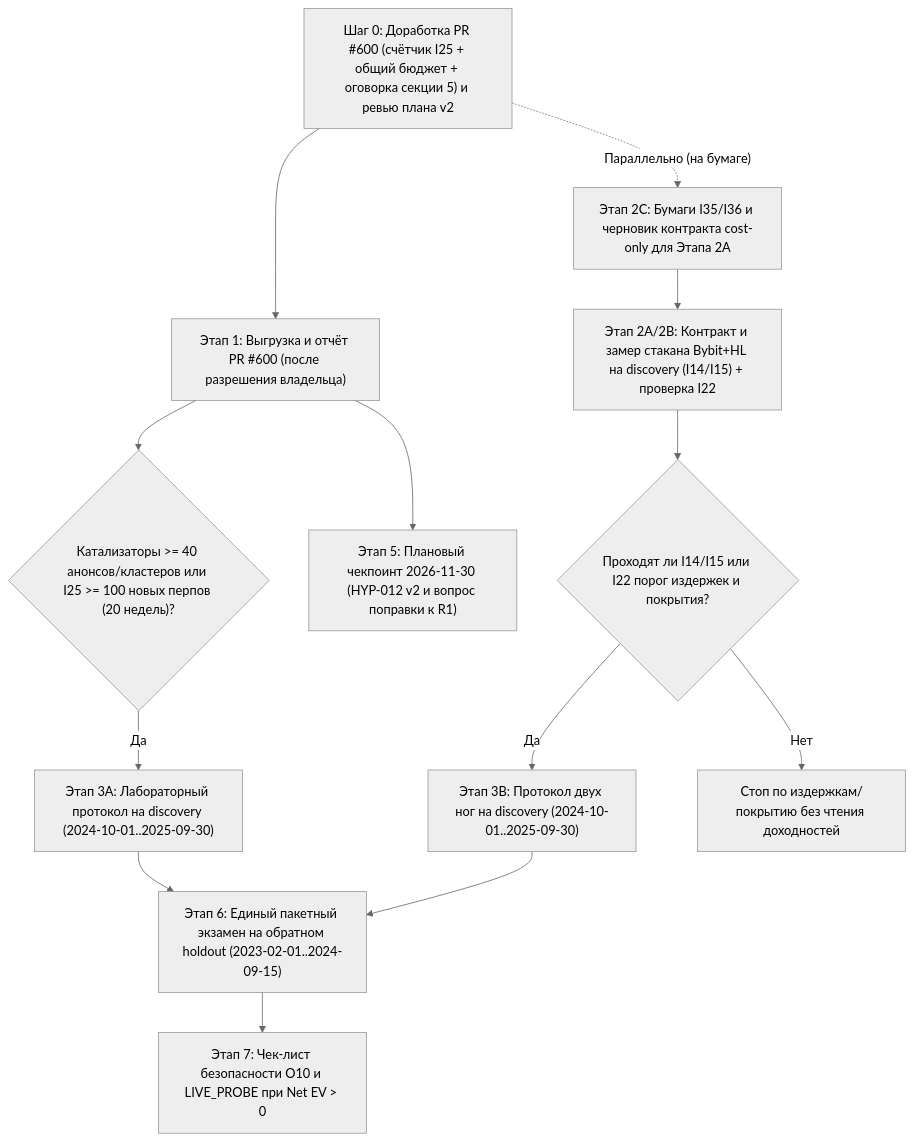
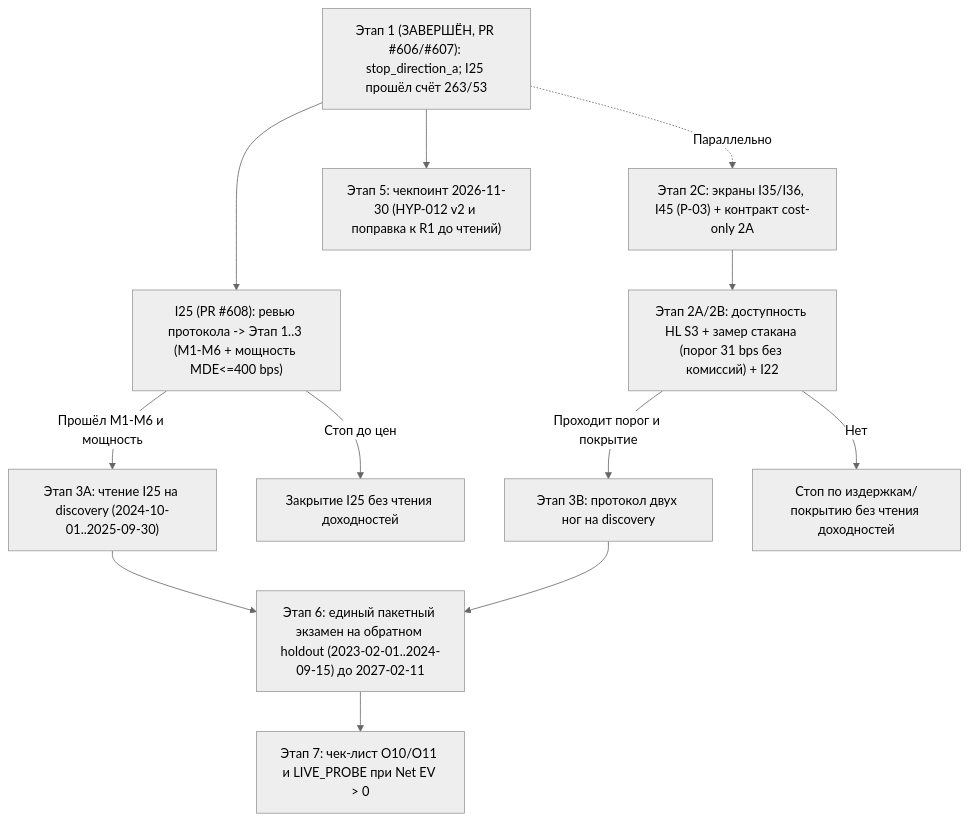
One commit to mavlevich/schurfer changed the diagram in docs/consilium/plan.md. Above: the diagram before and after it, drawn with Mermaid (neutral theme). The commit also changed other lines of this file and 2 other files, not shown here.

````diff
--- a/docs/consilium/plan.md
+++ b/docs/consilium/plan.md
@@ -76,15 +83,14 @@
 ```mermaid
 flowchart TD
-    S0["Шаг 0: Доработка PR #600 (счётчик I25 + общий бюджет + оговорка секции 5) и ревью плана v2"] --> S1["Этап 1: Выгрузка и отчёт PR #600 (после разрешения владельца)"]
-    S0 -. "Параллельно (на бумаге)" .-> S2C["Этап 2C: Бумаги I35/I36 и черновик контракта cost-only для Этапа 2A"]
-    S1 --> G1{"Катализаторы >= 40 анонсов/кластеров или I25 >= 100 новых перпов (20 недель)?"}
-    G1 -- "Да" --> S3A["Этап 3A: Лабораторный протокол на discovery (2024-10-01..2025-09-30)"]
-    S2C --> S2["Этап 2A/2B: Контракт и замер стакана Bybit+HL на discovery (I14/I15) + проверка I22"]
-    S2 --> G2{"Проходят ли I14/I15 или I22 порог издержек и покрытия?"}
-    G2 -- "Да" --> S3B["Этап 3B: Протокол двух ног на discovery (2024-10-01..2025-09-30)"]
-    G2 -- "Нет" --> STOP2["Стоп по издержкам/покрытию без чтения доходностей"]
-    S1 --> S5["Этап 5: Плановый чекпоинт 2026-11-30 (HYP-012 v2 и вопрос поправки к R1)"]
-    S3A --> S6["Этап 6: Единый пакетный экзамен на обратном holdout (2023-02-01..2024-09-15)"]
+    S1["Этап 1 (ЗАВЕРШЁН, PR #606/#607): stop_direction_a; I25 прошёл счёт 263/53"] --> S2I25["I25 (PR #608): ревью протокола -> Этап 1..3 (M1-M6 + мощность MDE<=400 bps)"]
+    S2I25 -- "Прошёл M1-M6 и мощность" --> S3A["Этап 3A: чтение I25 на discovery (2024-10-01..2025-09-30)"]
+    S2I25 -- "Стоп до цен" --> STOP1["Закрытие I25 без чтения доходностей"]
+    S1 -. "Параллельно" .-> S2C["Этап 2C: экраны I35/I36, I45 (P-03) + контракт cost-only 2A"]
+    S2C --> S2["Этап 2A/2B: доступность HL S3 + замер стакана (порог 31 bps без комиссий) + I22"]
+    S2 -- "Проходит порог и покрытие" --> S3B["Этап 3B: протокол двух ног на discovery"]
+    S2 -- "Нет" --> STOP2["Стоп по издержкам/покрытию без чтения доходностей"]
+    S1 --> S5["Этап 5: чекпоинт 2026-11-30 (HYP-012 v2 и поправка к R1 до чтений)"]
+    S3A --> S6["Этап 6: единый пакетный экзамен на обратном holdout (2023-02-01..2024-09-15) до 2027-02-11"]
     S3B --> S6
-    S6 --> S7["Этап 7: Чек-лист безопасности O10 и LIVE_PROBE при Net EV > 0"]
+    S6 --> S7["Этап 7: чек-лист O10/O11 и LIVE_PROBE при Net EV > 0"]
 ```
````
